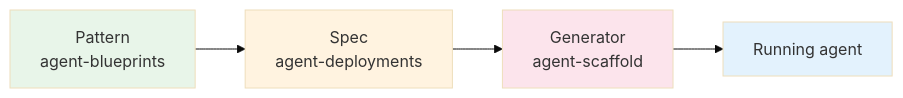
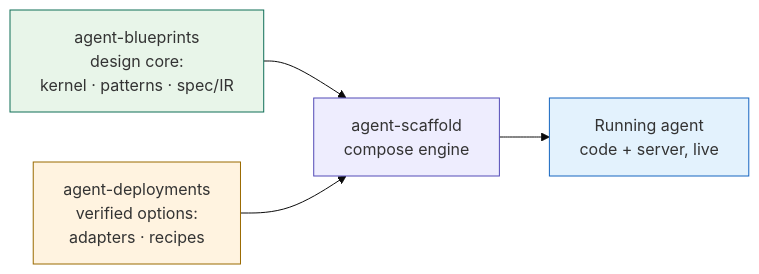
Before and after one commit to jagguvarma15/agent-blueprints: the first of 2 diagrams in README.md, drawn with Mermaid (base theme). The commit also changed other lines of this file, not shown here.

First line of the commit message:
Reframe the README: blueprints + deployments as the two arms feeding scaffold

````diff
--- a/README.md
+++ b/README.md
@@ -41,11 +41,11 @@
 ```mermaid
 flowchart LR
-  P["Pattern<br/>agent-blueprints"] --> S["Spec<br/>agent-deployments"]
-  S --> G["Generator<br/>agent-scaffold"]
-  G --> R["Running agent"]
+  B["agent-blueprints<br/>design core:<br/>kernel · patterns · spec/IR"] --> S["agent-scaffold<br/>compose engine"]
+  D["agent-deployments<br/>verified options:<br/>adapters · recipes"] --> S
+  S --> R["Running agent<br/>code + server, live"]
 
-  style P fill:#e8f5e9
-  style S fill:#fff3e0
-  style G fill:#fce4ec
-  style R fill:#e3f2fd
+  style B fill:#e8f5e9,stroke:#0f6e56
+  style D fill:#fff3e0,stroke:#9a6a00
+  style S fill:#eeedfe,stroke:#534ab7
+  style R fill:#e3f2fd,stroke:#1565c0
 ```
````
